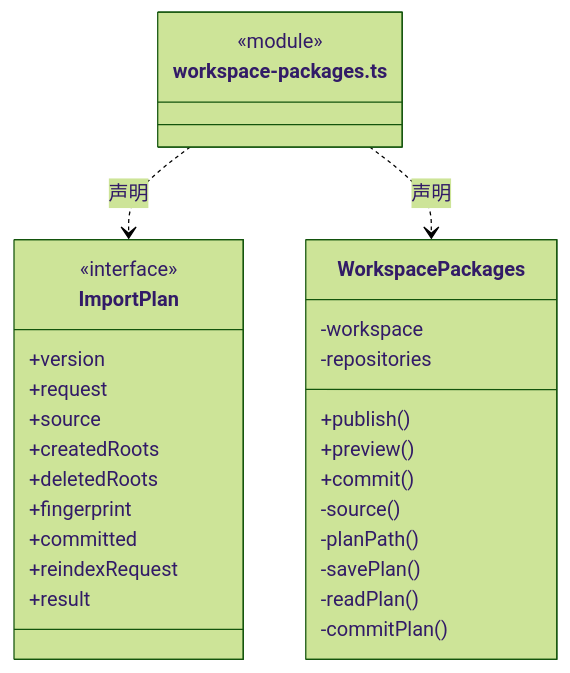
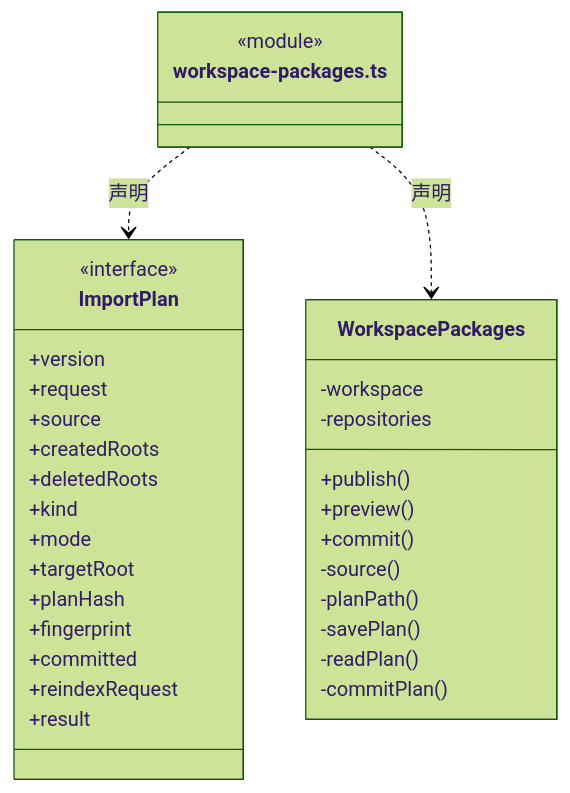
One commit to nan023062/cbim changed the tenth of 12 diagrams in src/backend/main/resources/ARCHITECTURE.md. Above: the diagram before and after it, drawn with Mermaid (forest theme). The commit also changed other lines of this file and 97 other files, not shown here.

````diff
--- a/src/backend/main/resources/ARCHITECTURE.md
+++ b/src/backend/main/resources/ARCHITECTURE.md
@@ -285,32 +285,36 @@
 ```mermaid
 classDiagram
 class N_src_backend_main_resources_workspace_packages_ts["workspace-packages.ts"] {
   <<module>>
 }
 class N_src_backend_main_resources_workspace_packages_ts_ImportPlan["ImportPlan"] {
   <<interface>>
   +version
   +request
   +source
   +createdRoots
   +deletedRoots
+  +kind
+  +mode
+  +targetRoot
+  +planHash
   +fingerprint
   +committed
   +reindexRequest
   +result
 }
 N_src_backend_main_resources_workspace_packages_ts ..> N_src_backend_main_resources_workspace_packages_ts_ImportPlan : 声明
 class N_src_backend_main_resources_workspace_packages_ts_WorkspacePackages["WorkspacePackages"] {
   +publish()
   +preview()
   +commit()
   -workspace
   -repositories
   -source()
   -planPath()
   -savePlan()
   -readPlan()
   -commitPlan()
 }
 N_src_backend_main_resources_workspace_packages_ts ..> N_src_backend_main_resources_workspace_packages_ts_WorkspacePackages : 声明
 ```
````
